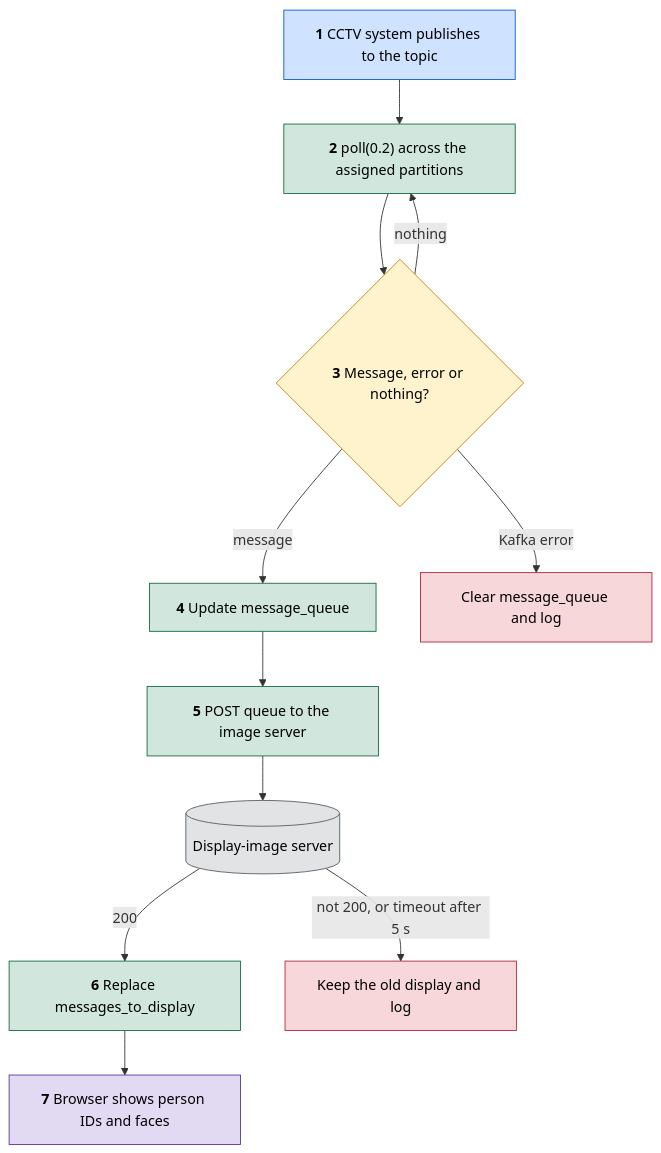
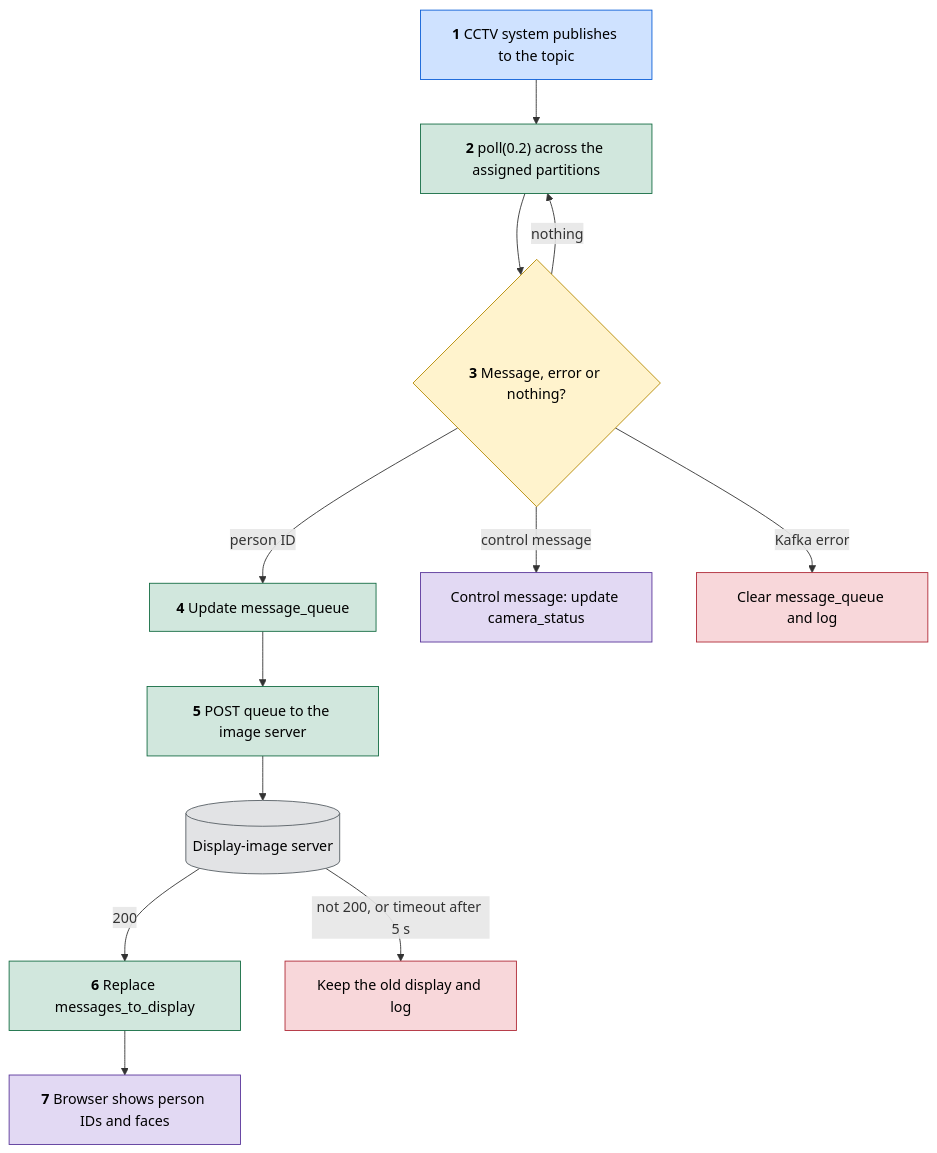
The first of 4 diagrams in docs/FLOW.md (hamza-aziz-ai/Kafka-WebApp), drawn with Mermaid before and after one commit. The commit also changed other lines of this file and 12 other files, not shown here.

Commit message:
feat: show camera problems in a status strip that never hides person rows

````diff
--- a/docs/FLOW.md
+++ b/docs/FLOW.md
@@ -26,27 +26,29 @@
 ```mermaid
 flowchart TD
     A["`**1** CCTV system publishes to the topic`"]:::way
     B["`**2** poll(0.2) across the assigned partitions`"]:::step
     C{"`**3** Message, error or nothing?`"}:::decide
     D["`**4** Update message_queue`"]:::step
+    K["`Control message: update camera_status`"]:::outcome
     E["`**5** POST queue to the image server`"]:::step
     F[("`Display-image server`")]:::store
     G["`**6** Replace messages_to_display`"]:::step
     H["`**7** Browser shows person IDs and faces`"]:::outcome
     I["`Clear message_queue and log`"]:::err
     J["`Keep the old display and log`"]:::err
 
     A --> B --> C
-    C -->|message| D --> E --> F
+    C -->|person ID| D --> E --> F
+    C -->|control message| K
     F -->|200| G --> H
     F -->|not 200, or timeout after 5 s| J
     C -->|Kafka error| I
     C -->|nothing| B
 
     classDef way fill:#cfe2ff,stroke:#0b5ed7,color:#000
     classDef step fill:#d1e7dd,stroke:#146c43,color:#000
     classDef decide fill:#fff3cd,stroke:#b58900,color:#000
     classDef outcome fill:#e2d9f3,stroke:#59359a,color:#000
     classDef err fill:#f8d7da,stroke:#b02a37,color:#000
     classDef store fill:#e2e3e5,stroke:#565e64,color:#000
 ```
````
